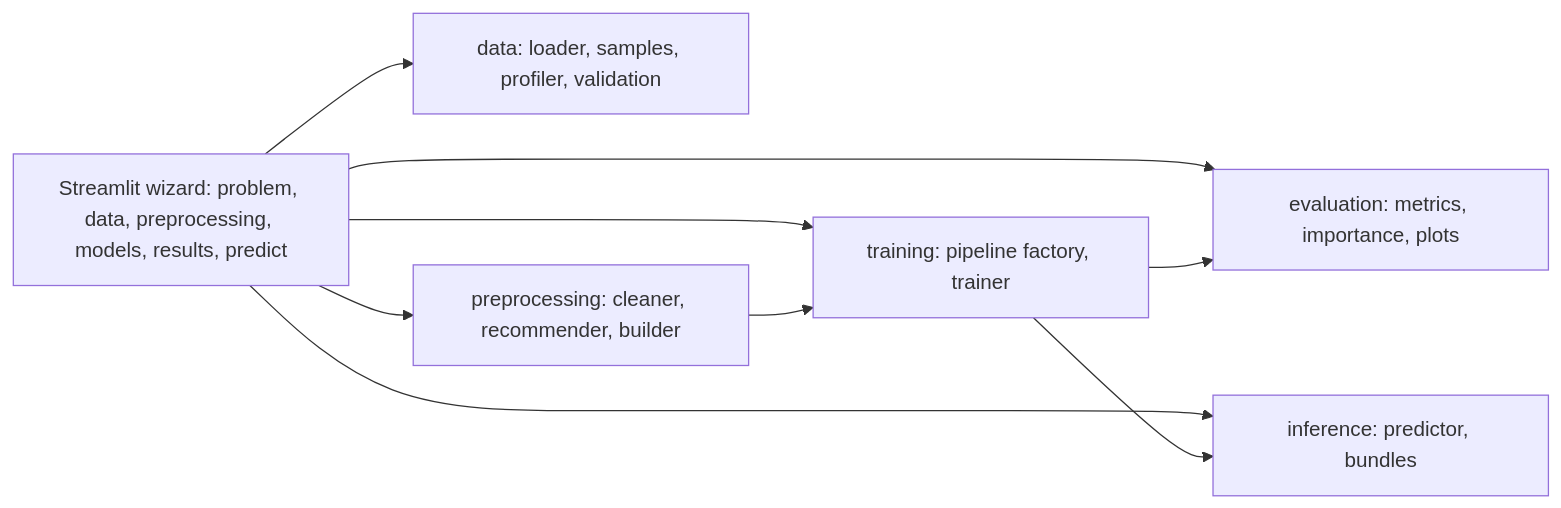
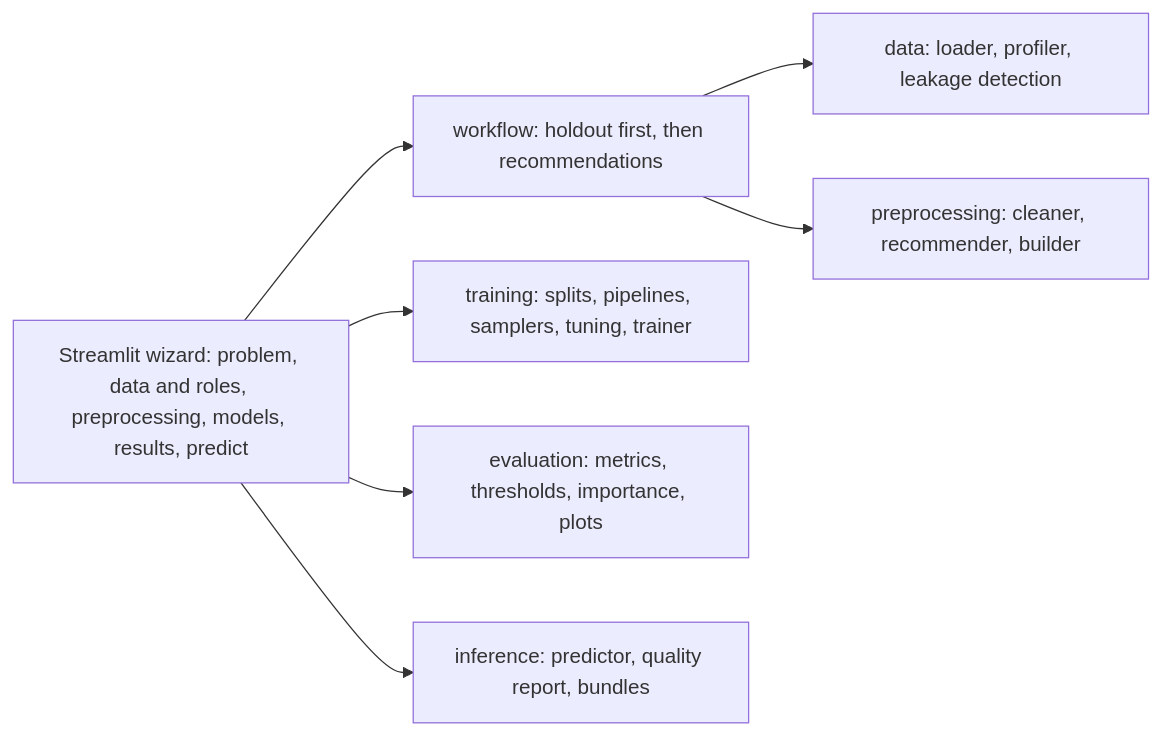
Before and after one commit to Dinusha-Ekanayake/TabulaML: the diagram in docs/REPORT.md, drawn with Mermaid. The commit also changed other lines of this file and 8 other files, not shown here.

````diff
--- a/docs/REPORT.md
+++ b/docs/REPORT.md
@@ -37,10 +38,9 @@
 ```mermaid
 flowchart LR
-  UI[Streamlit wizard: problem, data, preprocessing, models, results, predict] --> D[data: loader, samples, profiler, validation]
-  UI --> P[preprocessing: cleaner, recommender, builder]
-  UI --> T[training: pipeline factory, trainer]
-  UI --> E[evaluation: metrics, importance, plots]
-  UI --> I[inference: predictor, bundles]
-  P --> T --> E
-  T --> I
+  UI[Streamlit wizard: problem, data and roles, preprocessing, models, results, predict] --> W[workflow: holdout first, then recommendations]
+  W --> D[data: loader, profiler, leakage detection]
+  W --> P[preprocessing: cleaner, recommender, builder]
+  UI --> T[training: splits, pipelines, samplers, tuning, trainer]
+  UI --> E[evaluation: metrics, thresholds, importance, plots]
+  UI --> I[inference: predictor, quality report, bundles]
 ```
````
